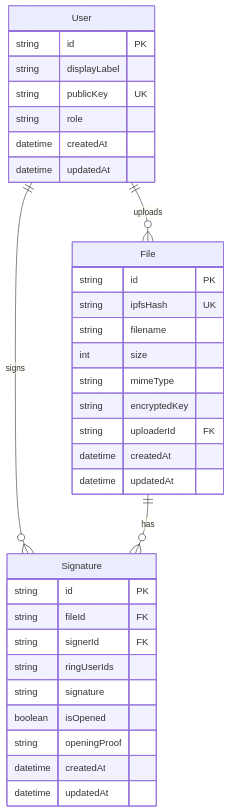
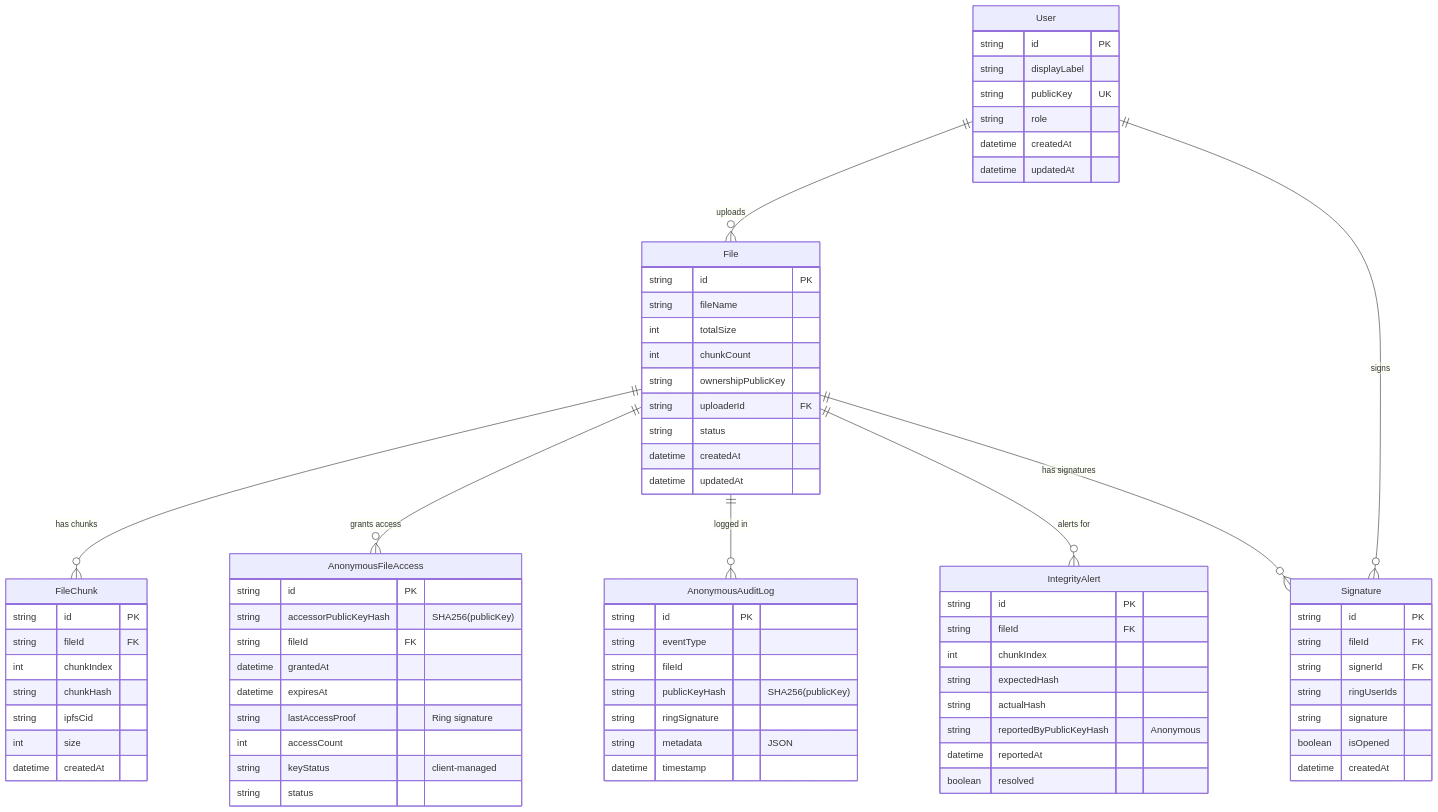
Diagram 19 of 27 in SYSTEM_ARCHITECTURE.md (nguyenphuc22/ipfs-sandbox), drawn with Mermaid before and after one commit. The commit also changed other lines of this file and 7 other files, not shown here.

Commit message:
Refactor identity management to eliminate userId; update useAOTIdentity hook to remove userId handling, implement migration logic for stored identities, and adjust sample data in aotStorage.js. Enhance documentation to reflect anonymous access architecture without userId.

````diff
--- a/SYSTEM_ARCHITECTURE.md
+++ b/SYSTEM_ARCHITECTURE.md
@@ -684,14 +700,57 @@
 
     File {
         string id PK
-        string ipfsHash UK
-        string filename
-        int size
-        string mimeType
-        string encryptedKey
+        string fileName
+        int totalSize
+        int chunkCount
+        string ownershipPublicKey
         string uploaderId FK
+        string status
         datetime createdAt
         datetime updatedAt
+    }
+
+    FileChunk {
+        string id PK
+        string fileId FK
+        int chunkIndex
+        string chunkHash
+        string ipfsCid
+        int size
+        datetime createdAt
+    }
+
+    AnonymousFileAccess {
+        string id PK
+        string accessorPublicKeyHash "SHA256(publicKey)"
+        string fileId FK
+        datetime grantedAt
+        datetime expiresAt
+        string lastAccessProof "Ring signature"
+        int accessCount
+        string keyStatus "client-managed"
+        string status
+    }
+
+    AnonymousAuditLog {
+        string id PK
+        string eventType
+        string fileId
+        string publicKeyHash "SHA256(publicKey)"
+        string ringSignature
+        string metadata "JSON"
+        datetime timestamp
+    }
+
+    IntegrityAlert {
+        string id PK
+        string fileId FK
+        int chunkIndex
+        string expectedHash
+        string actualHash
+        string reportedByPublicKeyHash "Anonymous"
+        datetime reportedAt
+        boolean resolved
     }
 
     Signature {
@@ -701,12 +760,14 @@
         string ringUserIds
         string signature
         boolean isOpened
-        string openingProof
         datetime createdAt
-        datetime updatedAt
     }
 
     User ||--o{ File : "uploads"
+    File ||--o{ FileChunk : "has chunks"
+    File ||--o{ AnonymousFileAccess : "grants access"
+    File ||--o{ AnonymousAuditLog : "logged in"
+    File ||--o{ IntegrityAlert : "alerts for"
+    File ||--o{ Signature : "has signatures"
     User ||--o{ Signature : "signs"
-    File ||--o{ Signature : "has"
 ```
````
